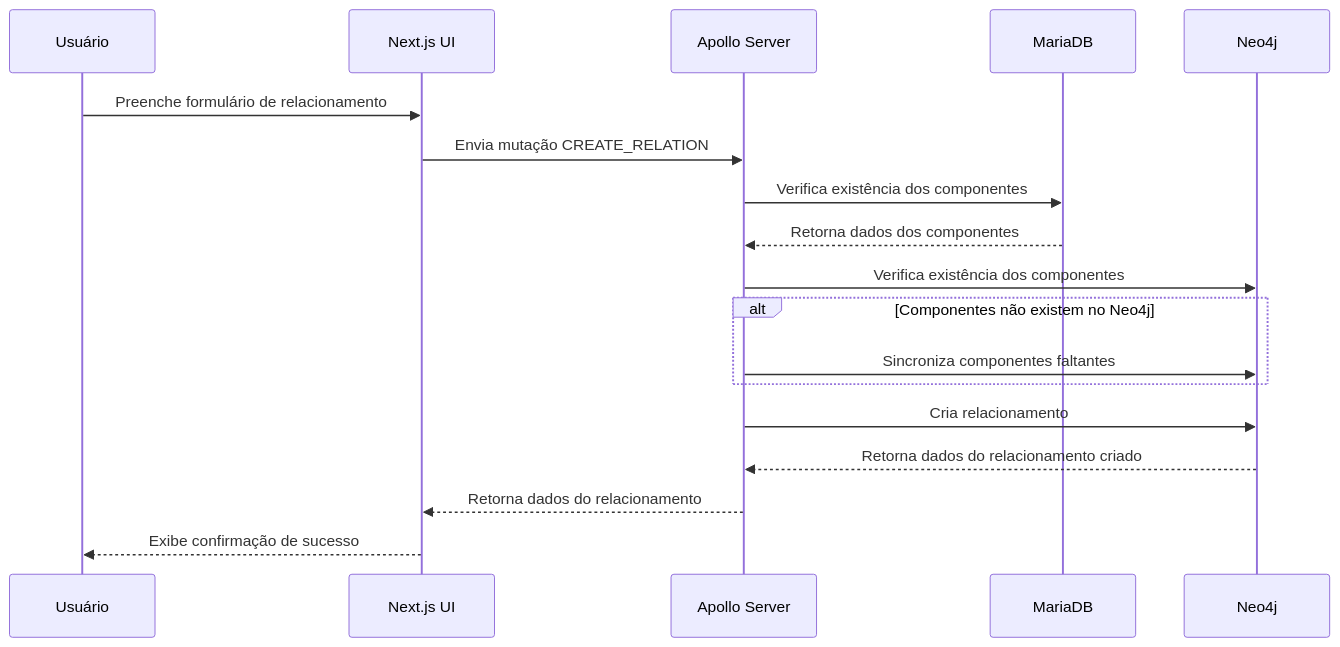
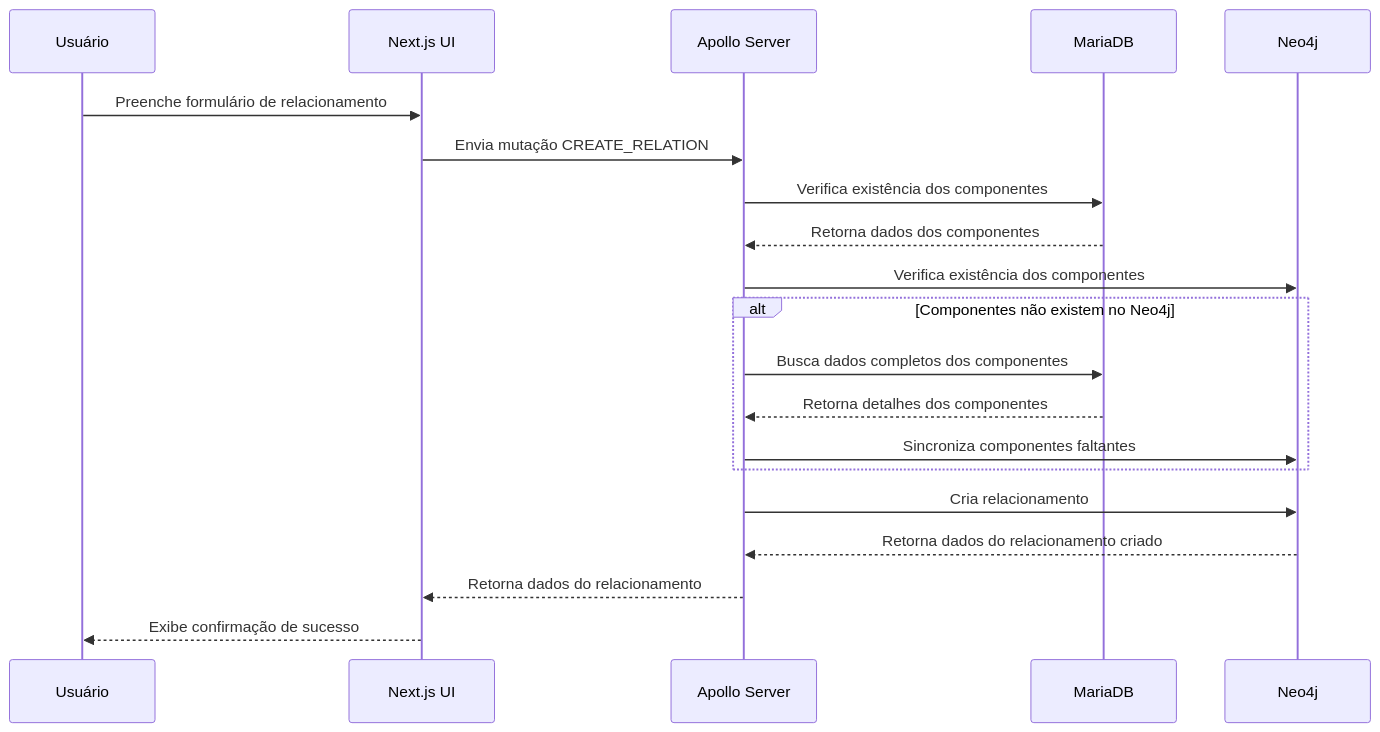
Before and after one commit to alecatuae/beaver: the diagram in docs/fluxo_criacao_relacionamento.md, drawn with Mermaid. The commit also changed other lines of this file and 4 other files, not shown here.

````diff
--- a/docs/fluxo_criacao_relacionamento.md
+++ b/docs/fluxo_criacao_relacionamento.md
@@ -16,23 +16,25 @@
 ```mermaid
 sequenceDiagram
     participant User as Usuário
     participant UI as Next.js UI
     participant API as Apollo Server
     participant MariaDB
     participant Neo4j
 
     User->>UI: Preenche formulário de relacionamento
     UI->>API: Envia mutação CREATE_RELATION
     API->>MariaDB: Verifica existência dos componentes
     MariaDB-->>API: Retorna dados dos componentes
     API->>Neo4j: Verifica existência dos componentes
     
     alt Componentes não existem no Neo4j
+        API->>MariaDB: Busca dados completos dos componentes
+        MariaDB-->>API: Retorna detalhes dos componentes
         API->>Neo4j: Sincroniza componentes faltantes
     end
     
     API->>Neo4j: Cria relacionamento
     Neo4j-->>API: Retorna dados do relacionamento criado
     API-->>UI: Retorna dados do relacionamento
     UI-->>User: Exibe confirmação de sucesso
 ```
````
